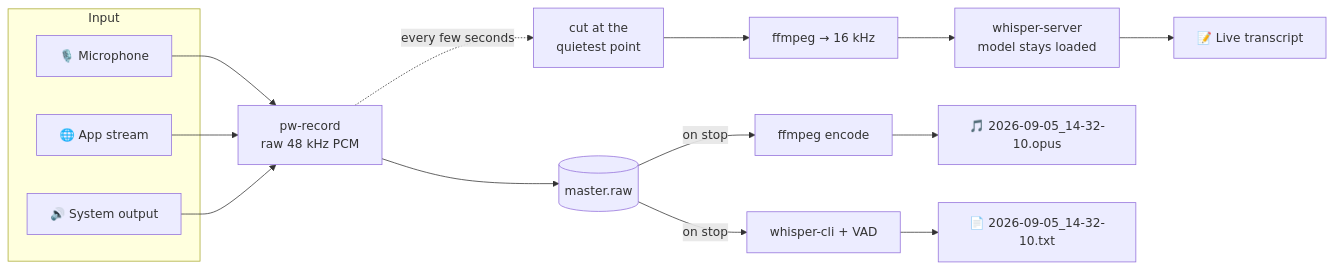
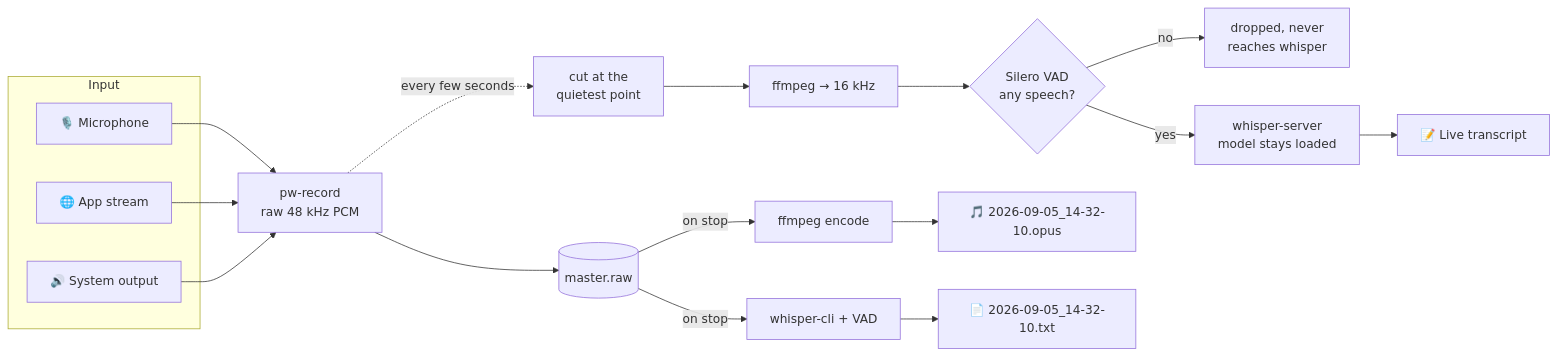
Before and after one commit to nixfred/omavoice: the diagram in README.md, drawn with Mermaid. The commit also changed other lines of this file and 13 other files, not shown here.

````diff
--- a/README.md
+++ b/README.md
@@ -153,18 +153,20 @@
 ```mermaid
 flowchart LR
     subgraph Input
         MIC[🎙️ Microphone]
         APP[🌐 App stream]
         MON[🔊 System output]
     end
     MIC & APP & MON --> PW[pw-record<br/>raw 48 kHz PCM]
     PW --> MASTER[(master.raw)]
     PW -. every few seconds .-> CUT[cut at the<br/>quietest point]
     CUT --> RS[ffmpeg → 16 kHz]
-    RS --> WS[whisper-server<br/>model stays loaded]
+    RS --> VAD{Silero VAD<br/>any speech?}
+    VAD -- no --> DROP[dropped, never<br/>reaches whisper]
+    VAD -- yes --> WS[whisper-server<br/>model stays loaded]
     WS --> LIVE[📝 Live transcript]
     MASTER -- on stop --> ENC[ffmpeg encode]
     ENC --> AUDIO[🎵 2026-09-05_14-32-10.opus]
     MASTER -- on stop --> CLI[whisper-cli + VAD]
     CLI --> TXT[📄 2026-09-05_14-32-10.txt]
 ```
````
